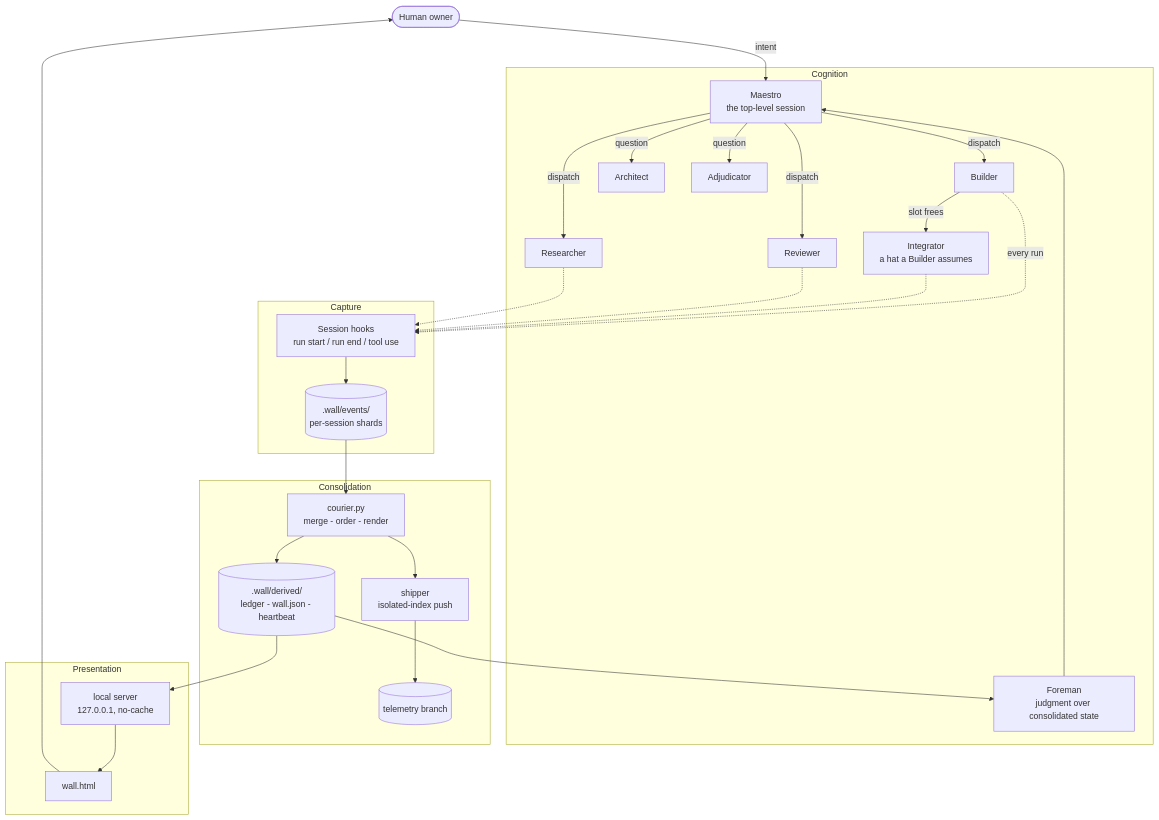
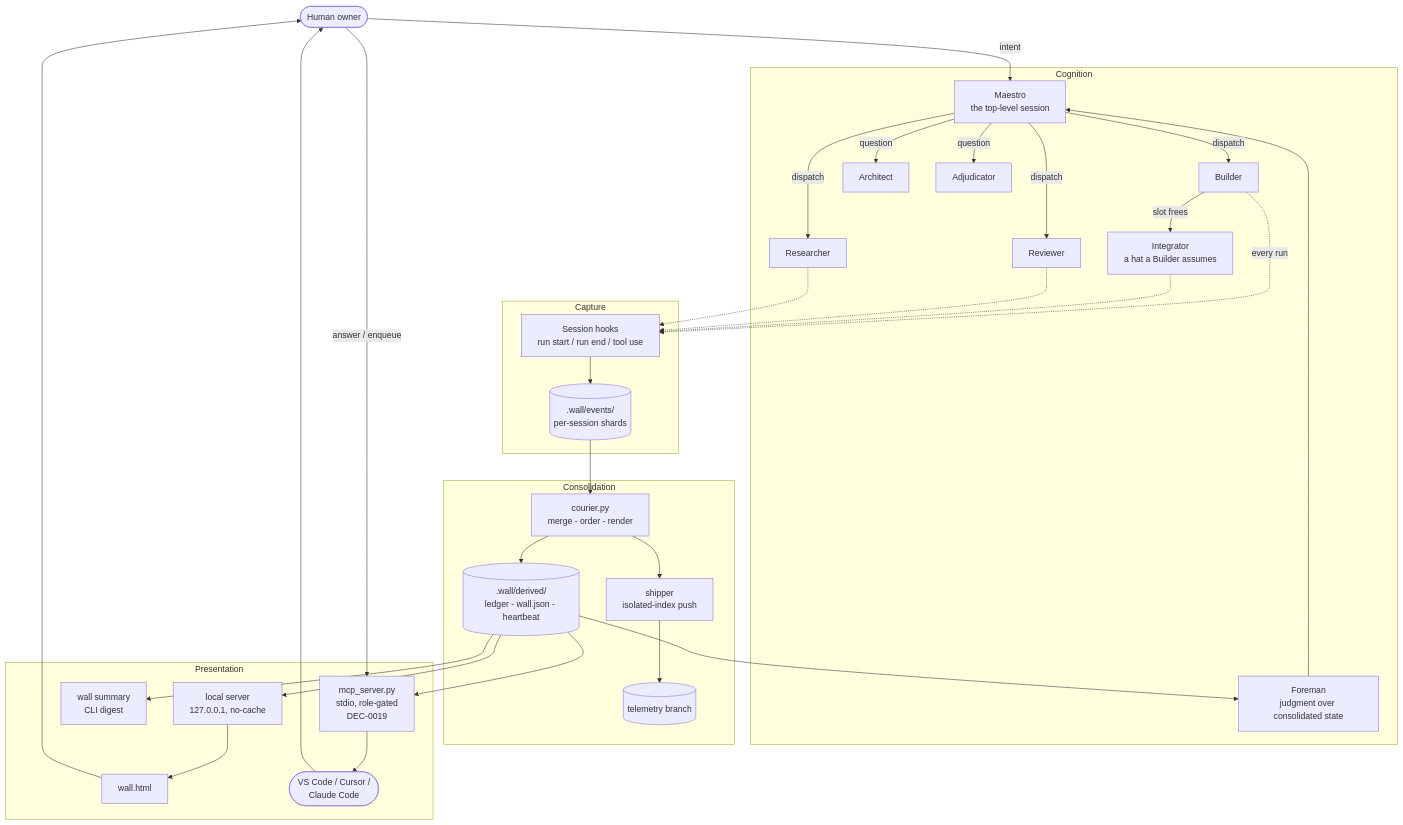
The first of 3 diagrams in docs/diagrams/ARCHITECTURE.md (newellnarco/EngTeam-Wallkit-BluePrint), drawn with Mermaid before and after one commit. The commit also changed other lines of this file and 7 other files, not shown here.

````diff
--- a/docs/diagrams/ARCHITECTURE.md
+++ b/docs/diagrams/ARCHITECTURE.md
@@ -21,54 +21,62 @@
 ```mermaid
 flowchart TB
     Human([Human owner])
 
     subgraph Cognition
         Maestro[Maestro<br/>the top-level session]
         Builder[Builder]
         Integrator[Integrator<br/>a hat a Builder assumes]
         Reviewer[Reviewer]
         Researcher[Researcher]
         Architect[Architect]
         Adjudicator[Adjudicator]
         Foreman[Foreman<br/>judgment over consolidated state]
     end
 
     subgraph Capture
         Hooks[Session hooks<br/>run start / run end / tool use]
         Shards[(.wall/events/<br/>per-session shards)]
     end
 
     subgraph Consolidation
         Courier[courier.py<br/>merge - order - render]
         Shipper[shipper<br/>isolated-index push]
         Derived[(.wall/derived/<br/>ledger - wall.json - heartbeat)]
         Branch[(telemetry branch)]
     end
 
     subgraph Presentation
         Server[local server<br/>127.0.0.1, no-cache]
         Wall[wall.html]
+        Summary[wall summary<br/>CLI digest]
+        MCP[mcp_server.py<br/>stdio, role-gated<br/>DEC-0019]
+        Editors([VS Code / Cursor /<br/>Claude Code])
     end
 
     Human -->|intent| Maestro
     Maestro -->|dispatch| Builder
     Maestro -->|dispatch| Reviewer
     Maestro -->|dispatch| Researcher
     Maestro -->|question| Architect
     Maestro -->|question| Adjudicator
     Builder -->|slot frees| Integrator
     Builder -.->|every run| Hooks
     Integrator -.-> Hooks
     Reviewer -.-> Hooks
     Researcher -.-> Hooks
     Hooks --> Shards
     Shards --> Courier
     Courier --> Derived
     Courier --> Shipper
     Shipper --> Branch
     Derived --> Server
     Server --> Wall
     Wall --> Human
+    Derived --> Summary
+    Derived --> MCP
+    MCP --> Editors
+    Editors --> Human
+    Human -->|answer / enqueue| MCP
     Derived --> Foreman
     Foreman --> Maestro
 ```
````
